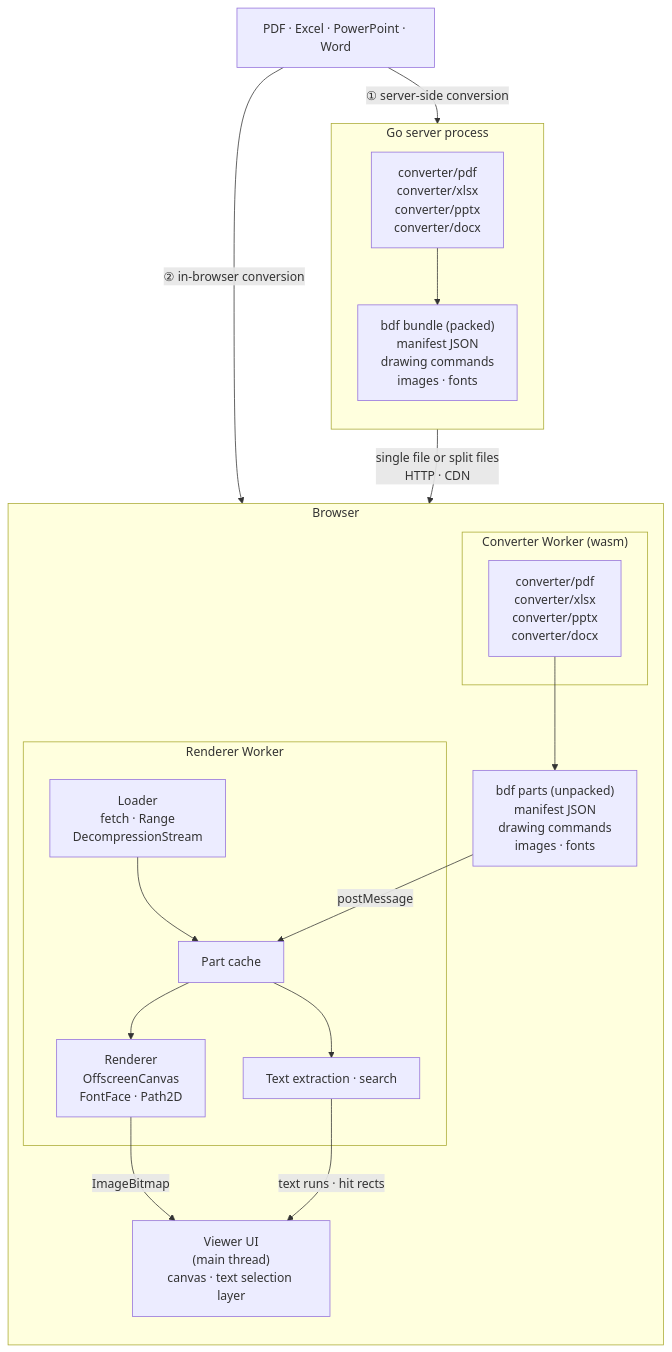
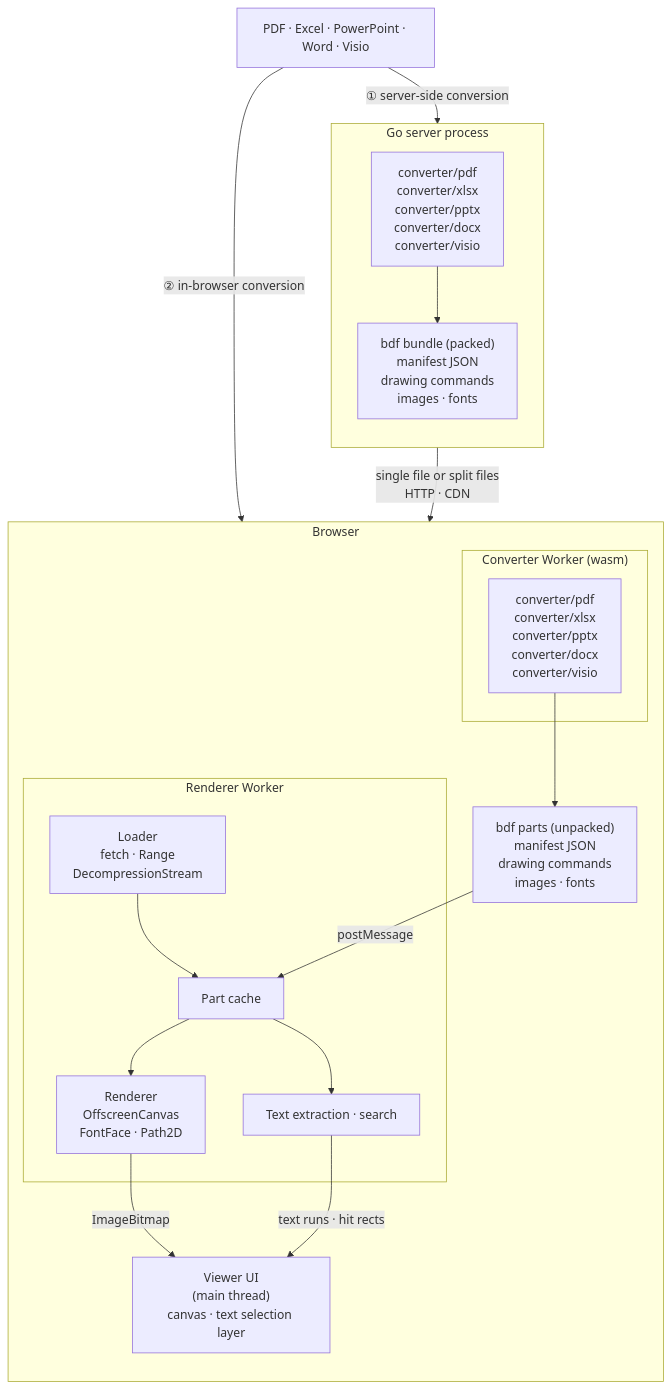
Before and after one commit to shibukawa/bdf: the diagram in README.md, drawn with Mermaid. The commit also changed other lines of this file and 44 other files, not shown here.

````diff
--- a/README.md
+++ b/README.md
@@ -11,37 +11,37 @@
 ```mermaid
 flowchart TB
-    SRC["PDF · Excel · PowerPoint · Word"]
+    SRC["PDF · Excel · PowerPoint · Word · Visio"]
 
     subgraph SERVER["Go server process"]
         direction TB
-        SCONV["converter/pdf<br/>converter/xlsx<br/>converter/pptx<br/>converter/docx"]
+        SCONV["converter/pdf<br/>converter/xlsx<br/>converter/pptx<br/>converter/docx<br/>converter/visio"]
         BUNDLE["bdf bundle (packed)<br/>manifest JSON<br/>drawing commands<br/>images · fonts"]
         SCONV --> BUNDLE
     end
 
     subgraph BROWSER["Browser"]
         direction TB
         subgraph CWORKER["Converter Worker (wasm)"]
-            WCONV["converter/pdf<br/>converter/xlsx<br/>converter/pptx<br/>converter/docx"]
+            WCONV["converter/pdf<br/>converter/xlsx<br/>converter/pptx<br/>converter/docx<br/>converter/visio"]
         end
         PARTS["bdf parts (unpacked)<br/>manifest JSON<br/>drawing commands<br/>images · fonts"]
         subgraph RWORKER["Renderer Worker"]
             LOADER["Loader<br/>fetch · Range<br/>DecompressionStream"]
             STORE["Part cache"]
             RENDER["Renderer<br/>OffscreenCanvas<br/>FontFace · Path2D"]
             TEXT["Text extraction · search"]
             LOADER --> STORE
             STORE --> RENDER
             STORE --> TEXT
         end
         UI["Viewer UI<br/>(main thread)<br/>canvas · text selection layer"]
         WCONV --> PARTS
     end
 
     SRC -- "① server-side conversion" --> SCONV
     SRC -- "② in-browser conversion" --> WCONV
     BUNDLE -- "single file or split files<br/>HTTP · CDN" --> LOADER
     PARTS -- "postMessage" --> STORE
     RENDER -- "ImageBitmap" --> UI
     TEXT -- "text runs · hit rects" --> UI
 ```
````
